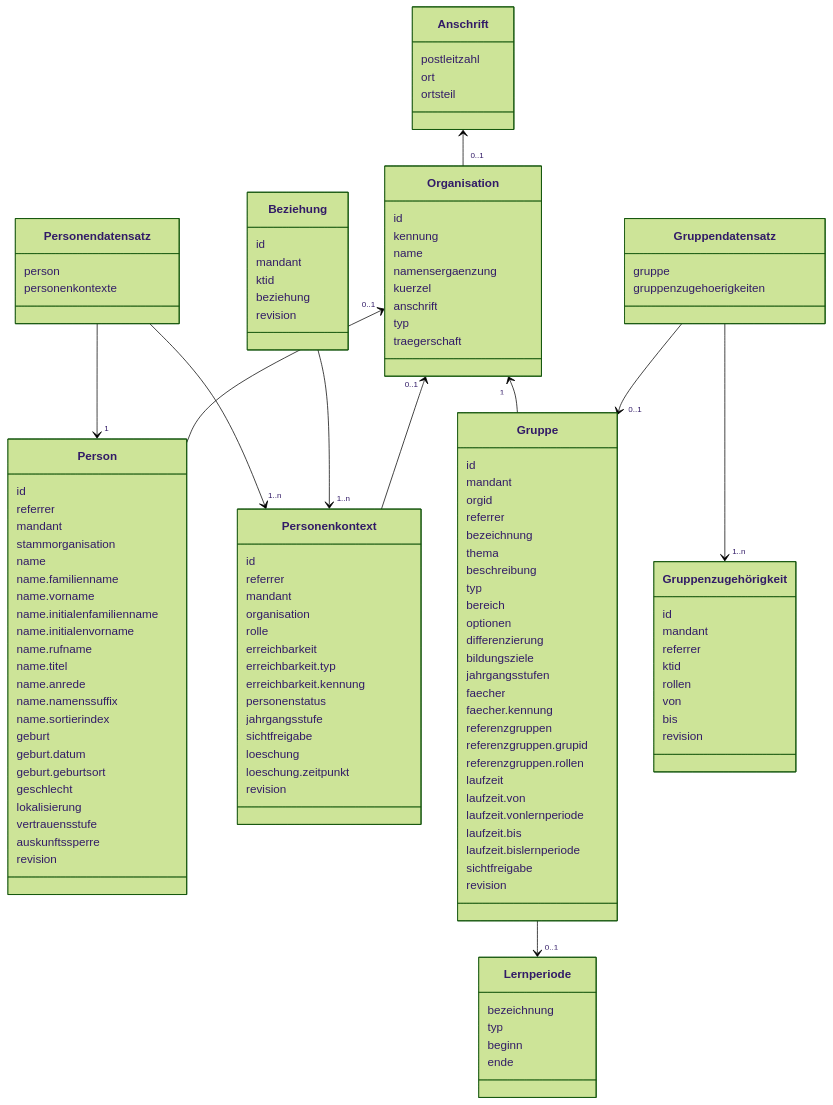
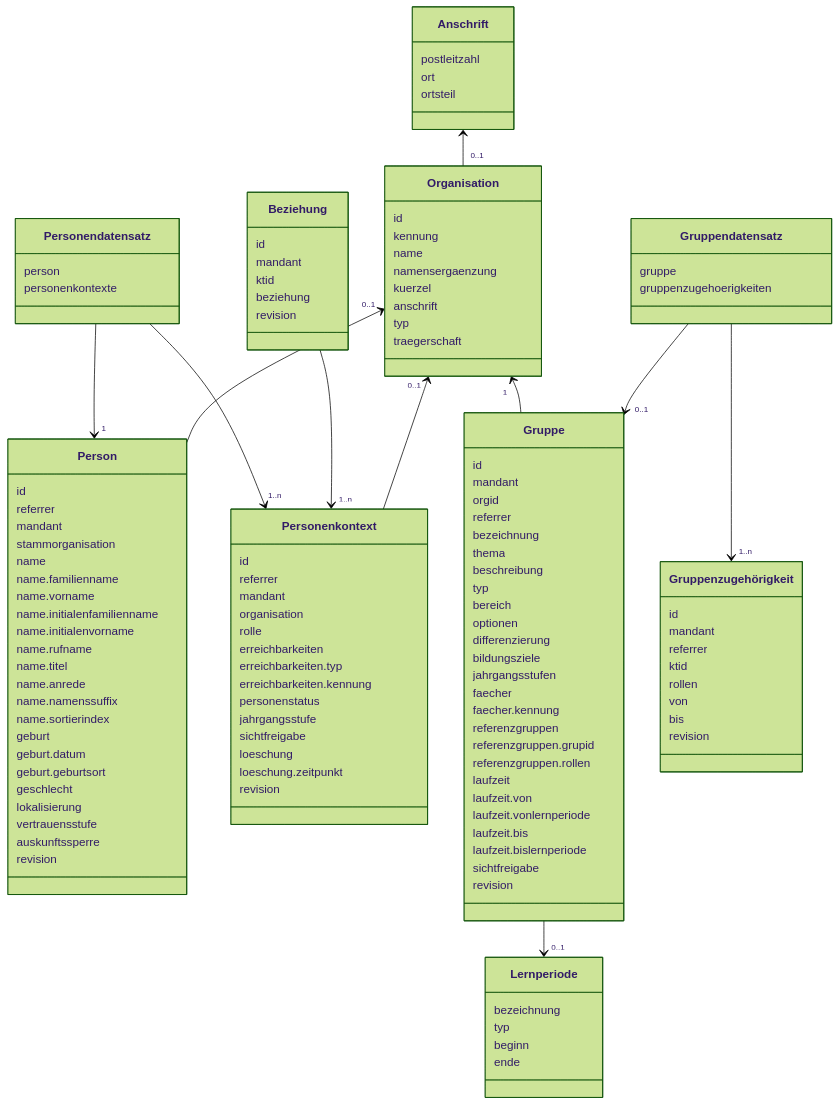
Before and after one commit to Schulconnex/Schulconnex: the diagram in docs/datenmodell/datenmodell.md, drawn with Mermaid (forest theme).

Commit message:
Korrigiere Attributsname nach Spezifikation

```diff
--- a/docs/datenmodell/datenmodell.md
+++ b/docs/datenmodell/datenmodell.md
@@ -62,9 +62,9 @@
     mandant
     organisation
     rolle
-    erreichbarkeit
-    erreichbarkeit.typ
-    erreichbarkeit.kennung
+    erreichbarkeiten
+    erreichbarkeiten.typ
+    erreichbarkeiten.kennung
     personenstatus
     jahrgangsstufe
     sichtfreigabe
```
